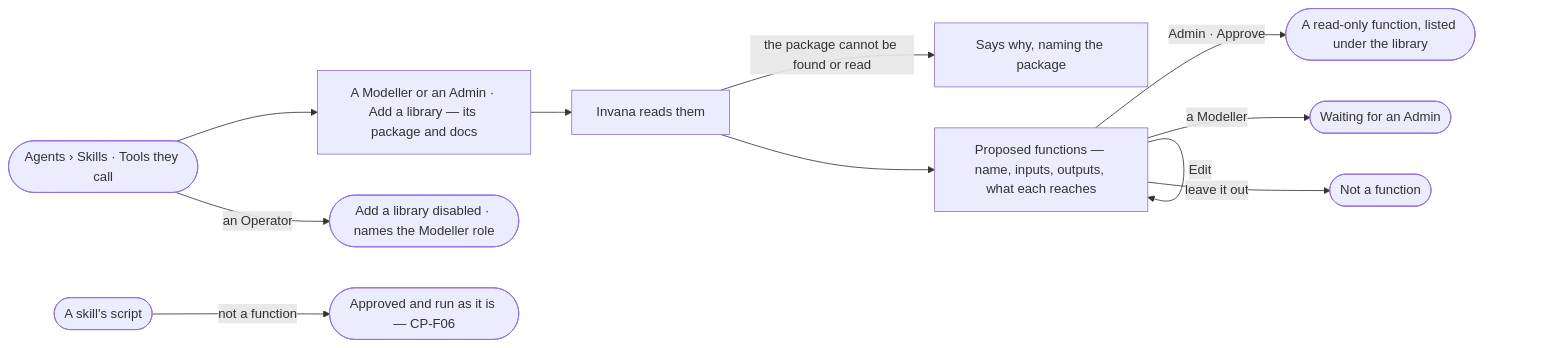
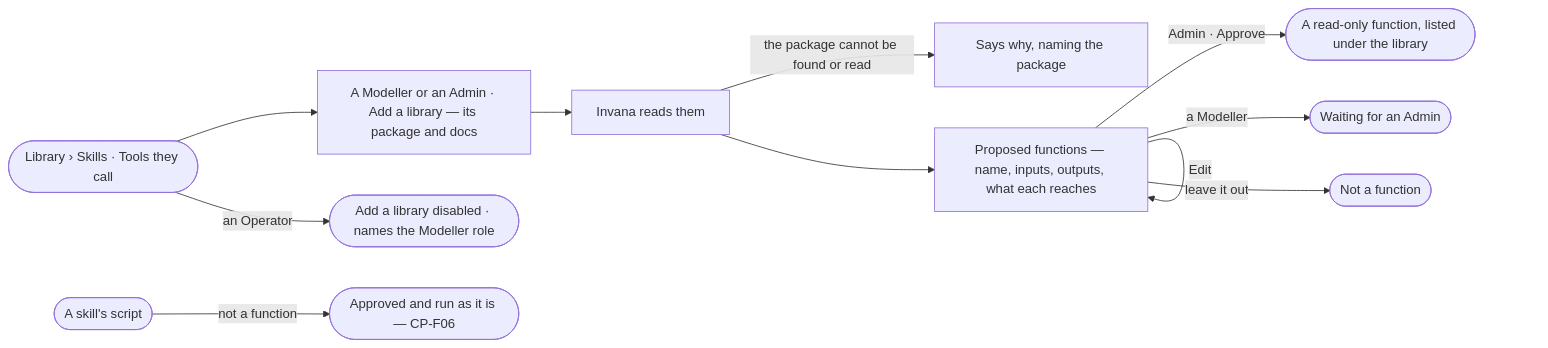
Before and after one commit to invana/invana: the diagram in specs/capabilities/agents/features/AG-F08-portable-agents-and-skills/stories/AG-40-turn-a-library-into-functions-an-admin-approves/story.md, drawn with Mermaid. The commit also changed other lines of this file and 106 other files, not shown here.

````diff
--- a/specs/capabilities/agents/features/AG-F08-portable-agents-and-skills/stories/AG-40-turn-a-library-into-functions-an-admin-approves/story.md
+++ b/specs/capabilities/agents/features/AG-F08-portable-agents-and-skills/stories/AG-40-turn-a-library-into-functions-an-admin-approves/story.md
@@ -30,13 +30,13 @@
 ```mermaid
 flowchart LR
-  a([Agents › Skills · Tools they call]) --> l["A Modeller or an Admin · Add a library — its package and docs"]
+  a([Library › Skills · Tools they call]) --> l["A Modeller or an Admin · Add a library — its package and docs"]
   a -->|an Operator| na(["Add a library disabled · names the Modeller role"])
   l --> r["Invana reads them"]
   r -->|the package cannot be found or read| rx["Says why, naming the package"]
   r --> p["Proposed functions — name, inputs, outputs, what each reaches"]
   p -->|Edit| p
   p -->|Admin · Approve| f(["A read-only function, listed under the library"])
   p -->|a Modeller| w(["Waiting for an Admin"])
   p -->|leave it out| o(["Not a function"])
   s([A skill's script]) -->|not a function| sc(["Approved and run as it is — CP-F06"])
 ```
````
